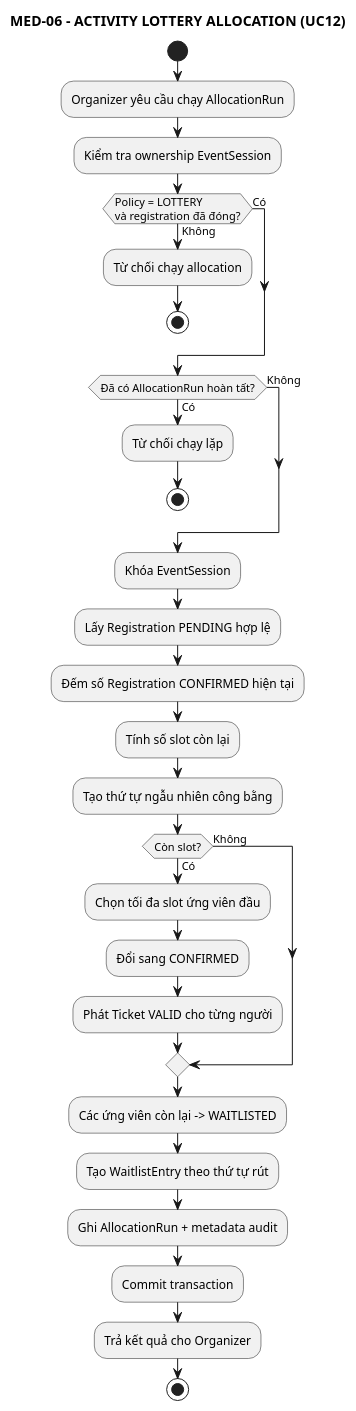
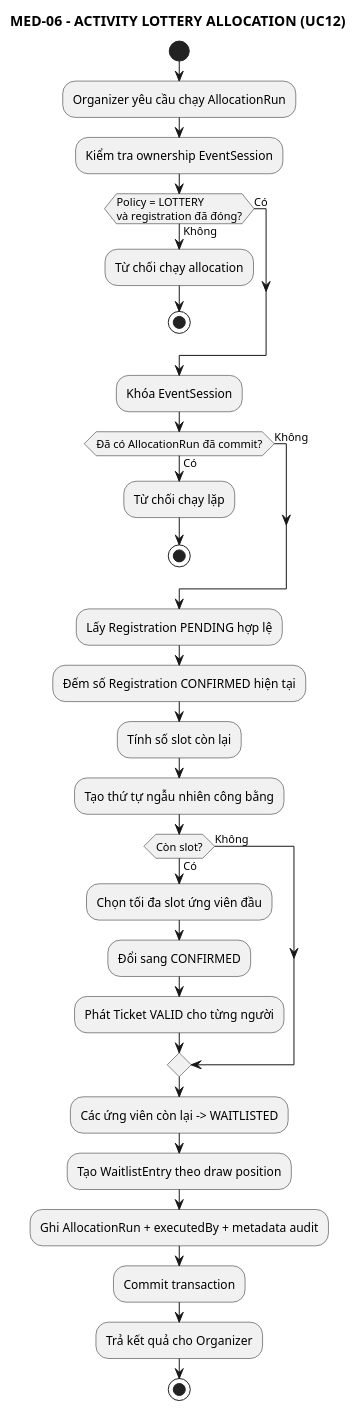
The diagram in PTTK/06_Activity/03-lottery-allocation-flow.puml (anh632k-ui/OOP-DoAn), drawn with PlantUML before and after one commit.

Commit message:
review(pttk): align lottery activity with audited single-run rule

```diff
--- a/PTTK/06_Activity/03-lottery-allocation-flow.puml
+++ b/PTTK/06_Activity/03-lottery-allocation-flow.puml
@@ -1,41 +1,42 @@
 @startuml
 skinparam shadowing false
 
 title MED-06 - ACTIVITY LOTTERY ALLOCATION (UC12)
 
 start
 :Organizer yêu cầu chạy AllocationRun;
 :Kiểm tra ownership EventSession;
 
 if (Policy = LOTTERY\nvà registration đã đóng?) then (Có)
 else (Không)
   :Từ chối chạy allocation;
   stop
 endif
 
-if (Đã có AllocationRun hoàn tất?) then (Có)
+:Khóa EventSession;
+
+if (Đã có AllocationRun đã commit?) then (Có)
   :Từ chối chạy lặp;
   stop
 else (Không)
 endif
 
-:Khóa EventSession;
 :Lấy Registration PENDING hợp lệ;
 :Đếm số Registration CONFIRMED hiện tại;
 :Tính số slot còn lại;
 :Tạo thứ tự ngẫu nhiên công bằng;
 
 if (Còn slot?) then (Có)
   :Chọn tối đa slot ứng viên đầu;
   :Đổi sang CONFIRMED;
   :Phát Ticket VALID cho từng người;
 else (Không)
 endif
 
 :Các ứng viên còn lại -> WAITLISTED;
-:Tạo WaitlistEntry theo thứ tự rút;
-:Ghi AllocationRun + metadata audit;
+:Tạo WaitlistEntry theo draw position;
+:Ghi AllocationRun + executedBy + metadata audit;
 :Commit transaction;
 :Trả kết quả cho Organizer;
 stop
 @enduml
```
